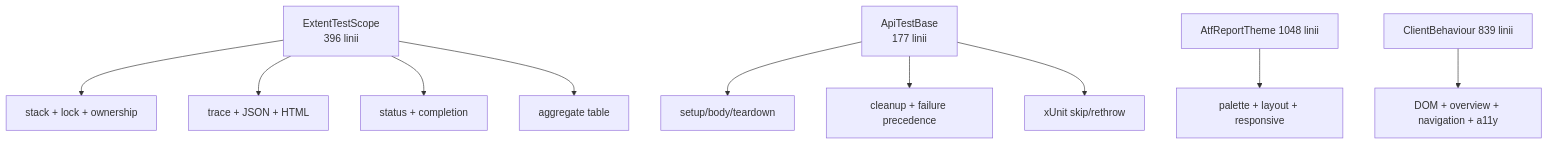
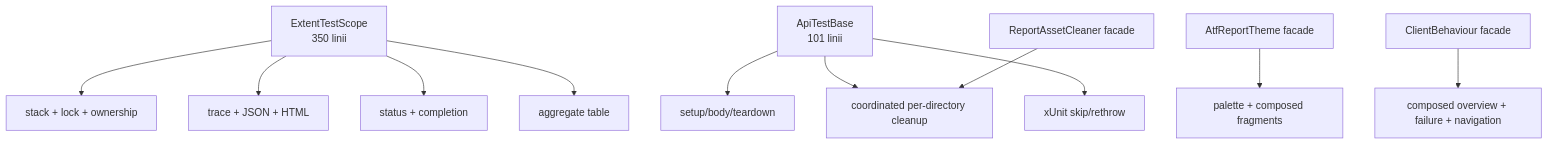
Before and after one commit to crististefanita/CS1: the second of 10 diagrams in docs/ATF_Refactoring_Assessment.md, drawn with Mermaid. The commit also changed other lines of this file and 210 other files, not shown here.

Commit message:
Modularize API lifecycle and Extent reporting

````diff
--- a/docs/ATF_Refactoring_Assessment.md
+++ b/docs/ATF_Refactoring_Assessment.md
@@ -40,12 +97,13 @@
 ```mermaid
 flowchart TD
-    Scope[ExtentTestScope\n396 linii] --> State[stack + lock + ownership]
+    Scope[ExtentTestScope\n350 linii] --> State[stack + lock + ownership]
     Scope --> Evidence[trace + JSON + HTML]
     Scope --> Verdict[status + completion]
     Scope --> Assertions[aggregate table]
-    Base[ApiTestBase\n177 linii] --> Phases[setup/body/teardown]
+    Base[ApiTestBase\n101 linii] --> Phases[setup/body/teardown]
     Base --> Cleanup[cleanup + failure precedence]
     Base --> Runner[xUnit skip/rethrow]
-    Theme[AtfReportTheme 1048 linii] --> CSS[palette + layout + responsive]
-    Behaviour[ClientBehaviour 839 linii] --> JS[DOM + overview + navigation + a11y]
+    Theme[AtfReportTheme facade] --> CSS[palette + composed fragments]
+    Behaviour[ClientBehaviour facade] --> JS[composed overview + failure + navigation]
+    Cleaner[ReportAssetCleaner facade] --> Cleanup[coordinated per-directory cleanup]
 ```
````
